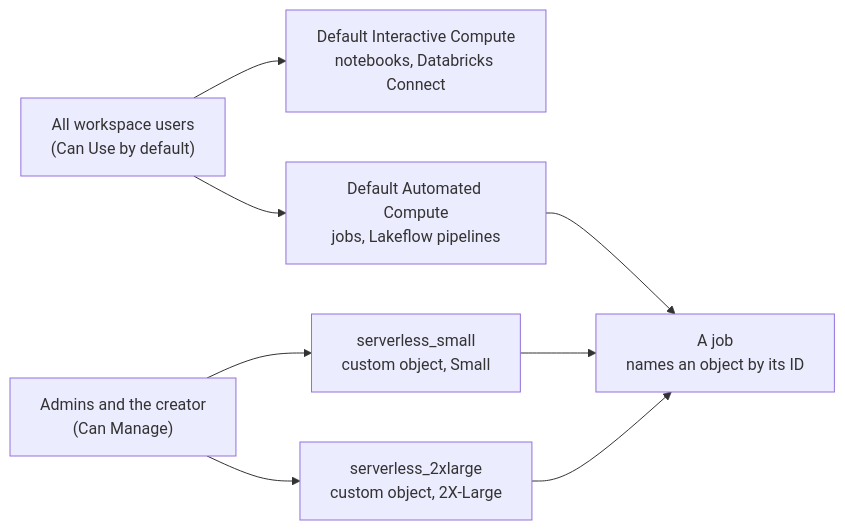
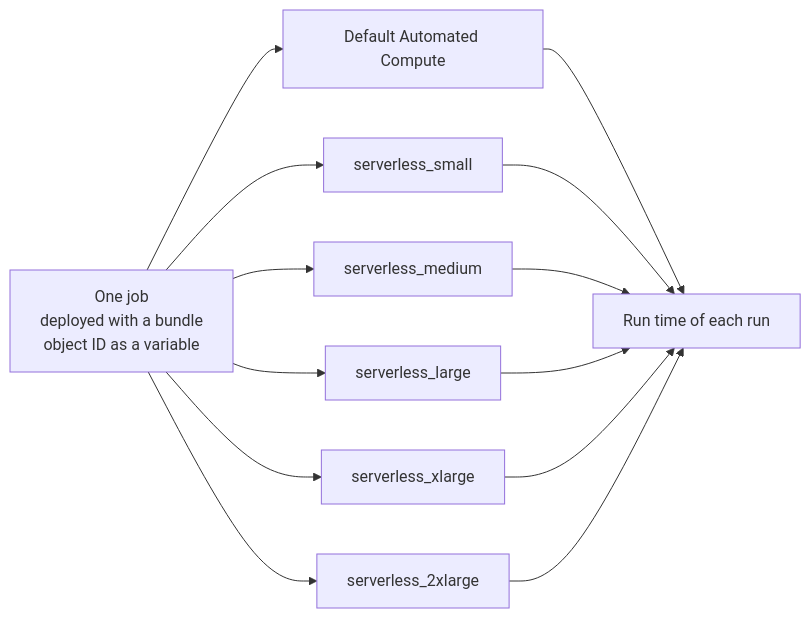
Before and after one commit to ven-nbondala-tf/databricks-release-lab: the diagram in databricks/serverless-compute-objects/README.md, drawn with Mermaid. The commit also changed other lines of this file and 5 other files, not shown here.

Commit message:
compare all five serverless compute sizes and drop the UI job section

````diff
--- a/databricks/serverless-compute-objects/README.md
+++ b/databricks/serverless-compute-objects/README.md
@@ -5,17 +5,23 @@
 ```mermaid
 flowchart LR
-    U["All workspace users<br/>(Can Use by default)"]
-    A["Admins and the creator<br/>(Can Manage)"]
-    I["Default Interactive Compute<br/>notebooks, Databricks Connect"]
-    D["Default Automated Compute<br/>jobs, Lakeflow pipelines"]
-    S["serverless_small<br/>custom object, Small"]
-    X["serverless_2xlarge<br/>custom object, 2X-Large"]
-    J["A job<br/>names an object by its ID"]
-    U --> I
-    U --> D
-    A --> S
-    A --> X
-    D --> J
-    S --> J
-    X --> J
+    D["Default Automated Compute"]
+    S["serverless_small"]
+    M["serverless_medium"]
+    L["serverless_large"]
+    X["serverless_xlarge"]
+    XX["serverless_2xlarge"]
+    J["One job<br/>deployed with a bundle<br/>object ID as a variable"]
+    R["Run time of each run"]
+    J --> D
+    J --> S
+    J --> M
+    J --> L
+    J --> X
+    J --> XX
+    D --> R
+    S --> R
+    M --> R
+    L --> R
+    X --> R
+    XX --> R
 ```
````
